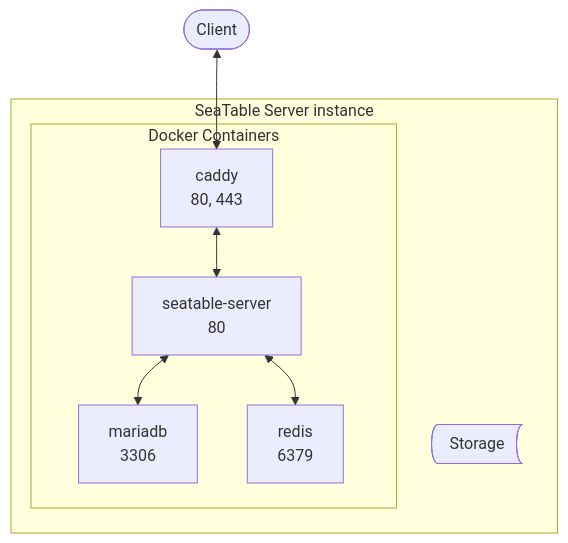
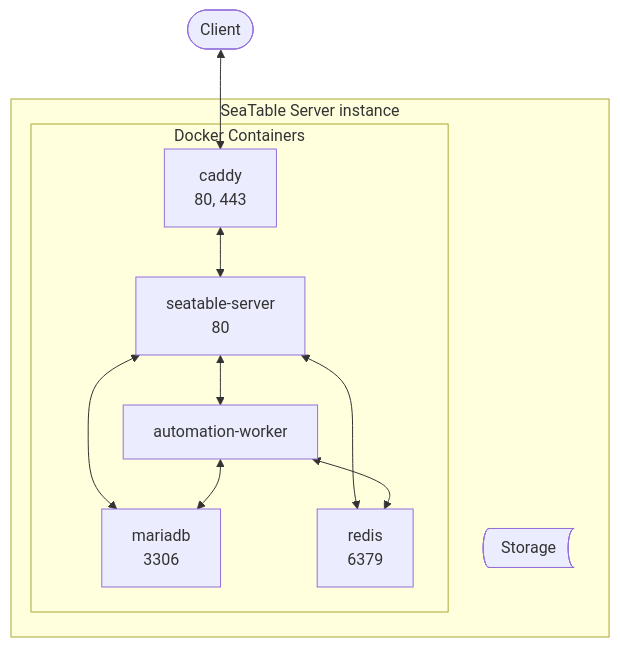
Before and after one commit to seatable/seatable-admin-docs: the first of 3 diagrams in docs/introduction/architecture.md, drawn with Mermaid. The commit also changed other lines of this file and 2 other files, not shown here.

Commit message:
Add docs for automation-worker

````diff
--- a/docs/introduction/architecture.md
+++ b/docs/introduction/architecture.md
@@ -13,17 +13,21 @@
 ```mermaid
 flowchart TB
     Client@{ shape: pill, label: "Client"}
     Client<-->A
     subgraph s[SeaTable Server instance]
         subgraph d[Docker Containers]
             A[caddy<br/>80, 443]
             B[seatable-server<br/>80]
             C[mariadb<br/>3306]
             D[redis<br/>6379]
+            E[automation-worker]
             A<-->B
             B<-->C
             B<-->D
+            B<-->E
+            E<-->C
+            E<-->D
         end
         F@{ shape: bow-rect, label: "Storage"}
     end
 ```
````
